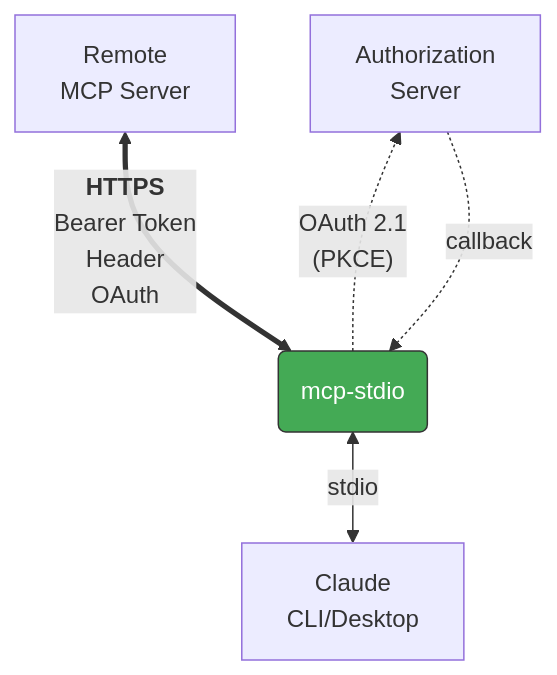
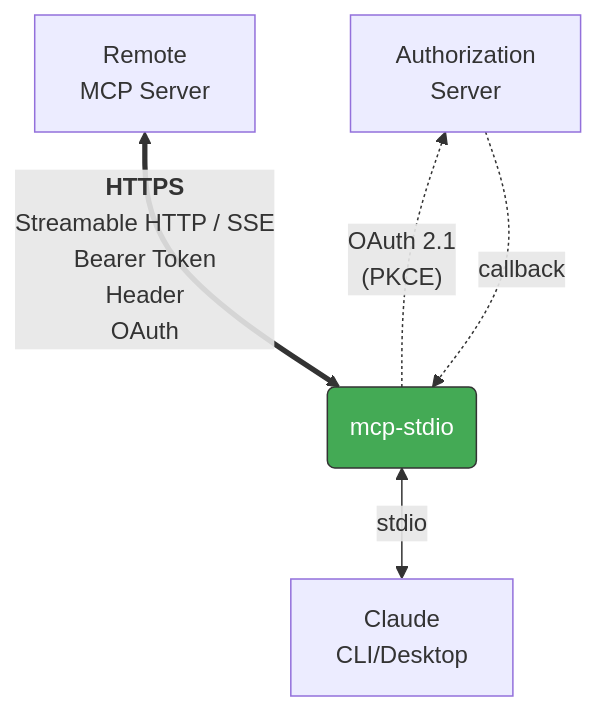
Before and after one commit to shigechika/mcp-stdio: the diagram in README.ja.md, drawn with Mermaid. The commit also changed 1 other file, not shown here.

Commit message:
docs: add SSE transport to mermaid diagram
Show that mcp-stdio supports both Streamable HTTP and SSE transports
in the architecture diagram.

````diff
--- a/README.ja.md
+++ b/README.ja.md
@@ -11,8 +11,8 @@
 ```mermaid
 flowchart BT
     A[Claude<br>CLI/Desktop] <-- stdio --> B(mcp-stdio)
-    B <== "<b>HTTPS</b><br>Bearer Token<br>Header<br>OAuth" ==> C[Remote<br>MCP Server]
+    B <== "<b>HTTPS</b><br>Streamable HTTP / SSE<br>Bearer Token<br>Header<br>OAuth" ==> C[Remote<br>MCP Server]
     B -. "OAuth 2.1<br>(PKCE)" .-> D[Authorization<br>Server]
     D -. callback .-> B
     style B fill:#4a5,stroke:#333,color:#fff
 ```
````
